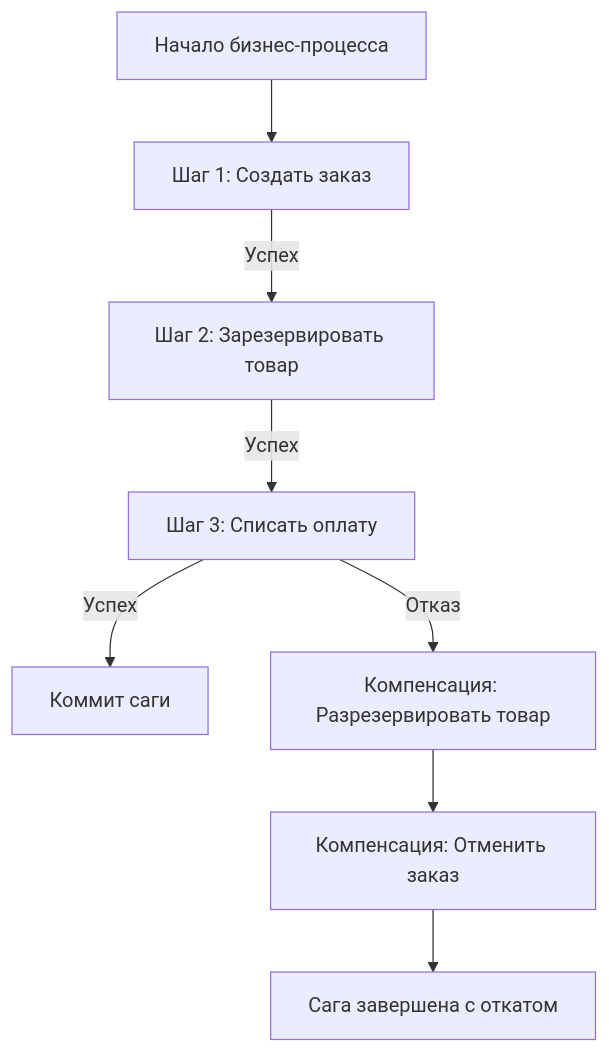
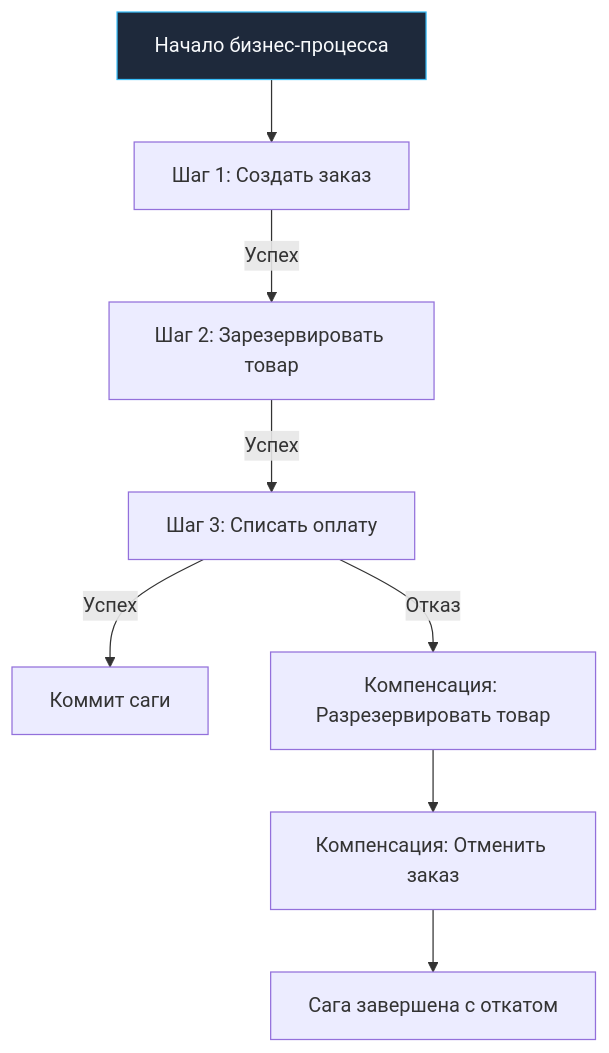
Before and after one commit to UnrealTemplier/go-textbook: the second of 2 diagrams in sources/12. Базы данных/10. Практика и архитектура/10. Data consistency в микросервисах.md, drawn with Mermaid. The commit also changed other lines of this file and 1666 other files, not shown here.

First line of the commit message:
feat(mermaid): add semantic color classDef to 1369 colorless flowchart/graph diagrams

````diff
--- a/sources/12. Базы данных/10. Практика и архитектура/10. Data consistency в микросервисах.md
+++ b/sources/12. Базы данных/10. Практика и архитектура/10. Data consistency в микросервисах.md
@@ -77,11 +87,21 @@
 ```mermaid
 flowchart TD
-    Start["Начало бизнес-процесса"] --> Step1["Шаг 1: Создать заказ"]
+    classDef process  fill:#1e293b,stroke:#38bdf8,stroke-width:1px,color:#f8fafc
+    classDef success  fill:#064e3b,stroke:#34d399,stroke-width:1px,color:#f8fafc
+    classDef error    fill:#7f1d1d,stroke:#f87171,stroke-width:1px,color:#f8fafc
+    classDef warning  fill:#78350f,stroke:#fbbf24,stroke-width:1px,color:#f8fafc
+    classDef entry    fill:#1e3a5f,stroke:#38bdf8,stroke-width:2px,color:#f8fafc
+    classDef aux      fill:#334155,stroke:#64748b,stroke-width:1px,color:#f8fafc
+    classDef system   fill:#312e81,stroke:#a78bfa,stroke-width:1px,color:#f8fafc
+    classDef data     fill:#132d29,stroke:#2dd4bf,stroke-width:1px,color:#f8fafc
+    classDef network  fill:#881337,stroke:#fb7185,stroke-width:1px,color:#f8fafc
+    classDef accent   fill:#1e1b4b,stroke:#818cf8,stroke-width:1px,color:#f8fafc
+    Start["Начало бизнес-процесса"]:::process --> Step1["Шаг 1: Создать заказ"]
     Step1 -->|Успех| Step2["Шаг 2: Зарезервировать товар"]
     Step2 -->|Успех| Step3["Шаг 3: Списать оплату"]
     Step3 -->|Успех| End["Коммит саги"]
     
     Step3 -->|Отказ| Comp3["Компенсация: Разрезервировать товар"]
     Comp3 --> Comp2["Компенсация: Отменить заказ"]
     Comp2 --> Fail["Сага завершена с откатом"]
 ```
````
